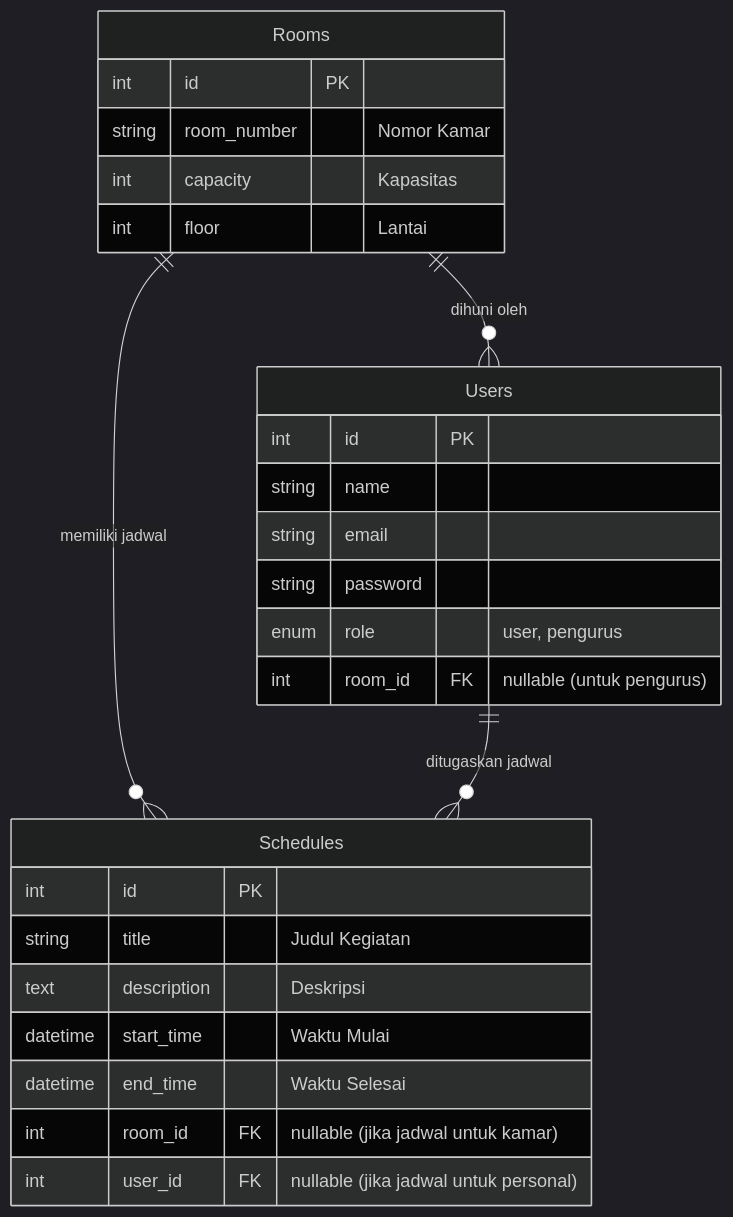
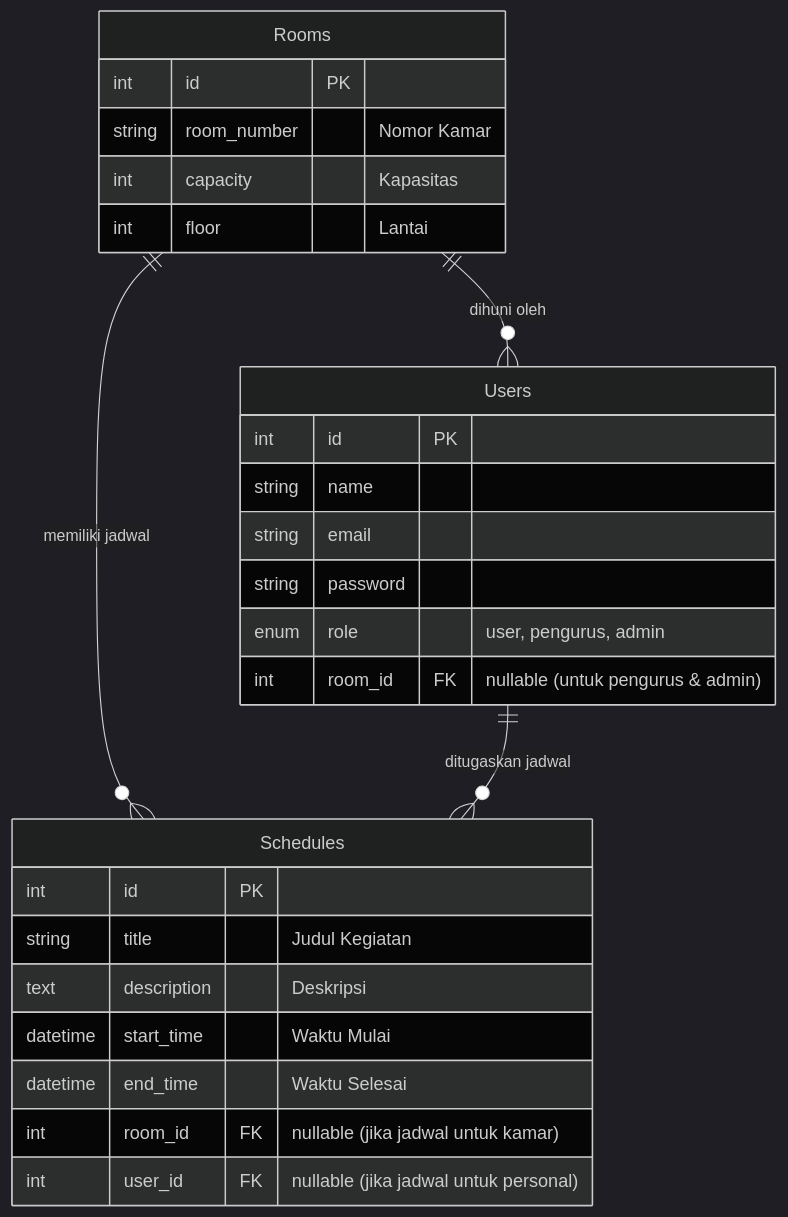
One commit to reactprime/clean-schedule changed the diagram in docs/database_schema_and_features.md. Above: the diagram before and after it, drawn with Mermaid (dark theme). The commit also changed other lines of this file and 10 other files, not shown here.

Commit message:
feat(backend): implement database schema and sequelize models

````diff
--- a/docs/database_schema_and_features.md
+++ b/docs/database_schema_and_features.md
@@ -39,33 +45,33 @@
 ```mermaid
 erDiagram
     Users {
         int id PK
         string name
         string email
         string password
-        enum role "user, pengurus"
-        int room_id FK "nullable (untuk pengurus)"
+        enum role "user, pengurus, admin"
+        int room_id FK "nullable (untuk pengurus & admin)"
     }
     
     Rooms {
         int id PK
         string room_number "Nomor Kamar"
         int capacity "Kapasitas"
         int floor "Lantai"
     }
     
     Schedules {
         int id PK
         string title "Judul Kegiatan"
         text description "Deskripsi"
         datetime start_time "Waktu Mulai"
         datetime end_time "Waktu Selesai"
         int room_id FK "nullable (jika jadwal untuk kamar)"
         int user_id FK "nullable (jika jadwal untuk personal)"
     }
 
     %% Relasi
     Rooms ||--o{ Users : "dihuni oleh"
     Rooms ||--o{ Schedules : "memiliki jadwal"
     Users ||--o{ Schedules : "ditugaskan jadwal"
 ```
````
